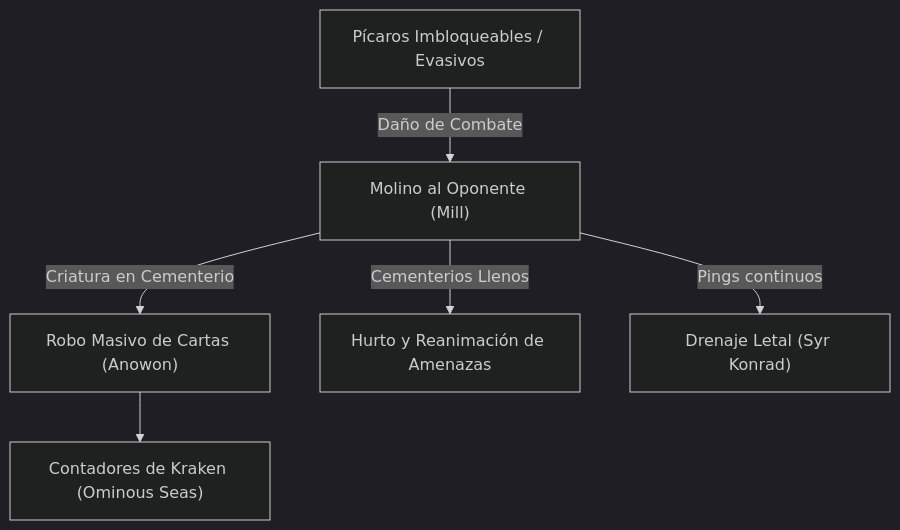
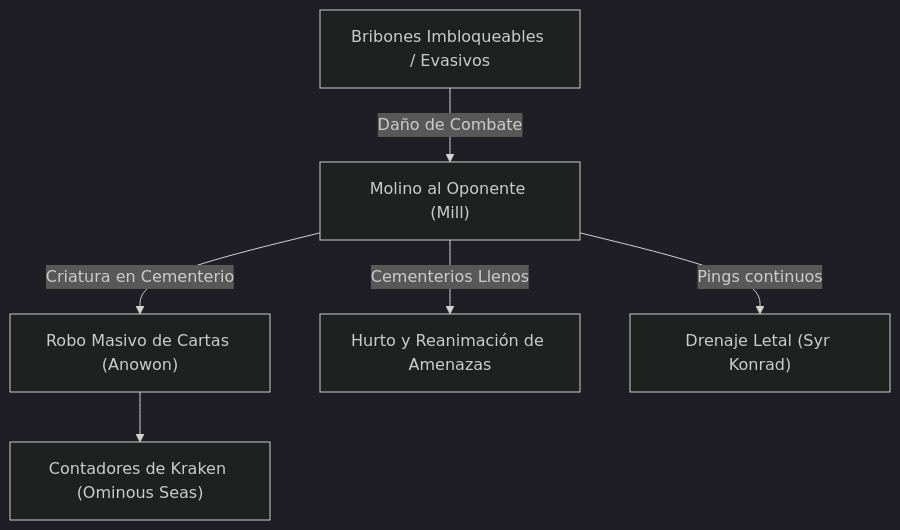
The first of 2 diagrams in decks/Commander/anowon/anowon_guide.md (00Ragnarok85/Magic-Skill), drawn with Mermaid (dark theme) before and after one commit. The commit also changed other lines of this file and 6 other files, not shown here.

````diff
--- a/decks/Commander/anowon/anowon_guide.md
+++ b/decks/Commander/anowon/anowon_guide.md
@@ -64,8 +64,8 @@
 ```mermaid
 flowchart TD
-    A["Pícaros Imbloqueables / Evasivos"] -->|Daño de Combate| B["Molino al Oponente (Mill)"]
+    A["Bribones Imbloqueables / Evasivos"] -->|Daño de Combate| B["Molino al Oponente (Mill)"]
     B -->|Criatura en Cementerio| C["Robo Masivo de Cartas (Anowon)"]
     B -->|Cementerios Llenos| D["Hurto y Reanimación de Amenazas"]
     B -->|Pings continuos| E["Drenaje Letal (Syr Konrad)"]
     C --> F["Contadores de Kraken (Ominous Seas)"]
 ```
````
